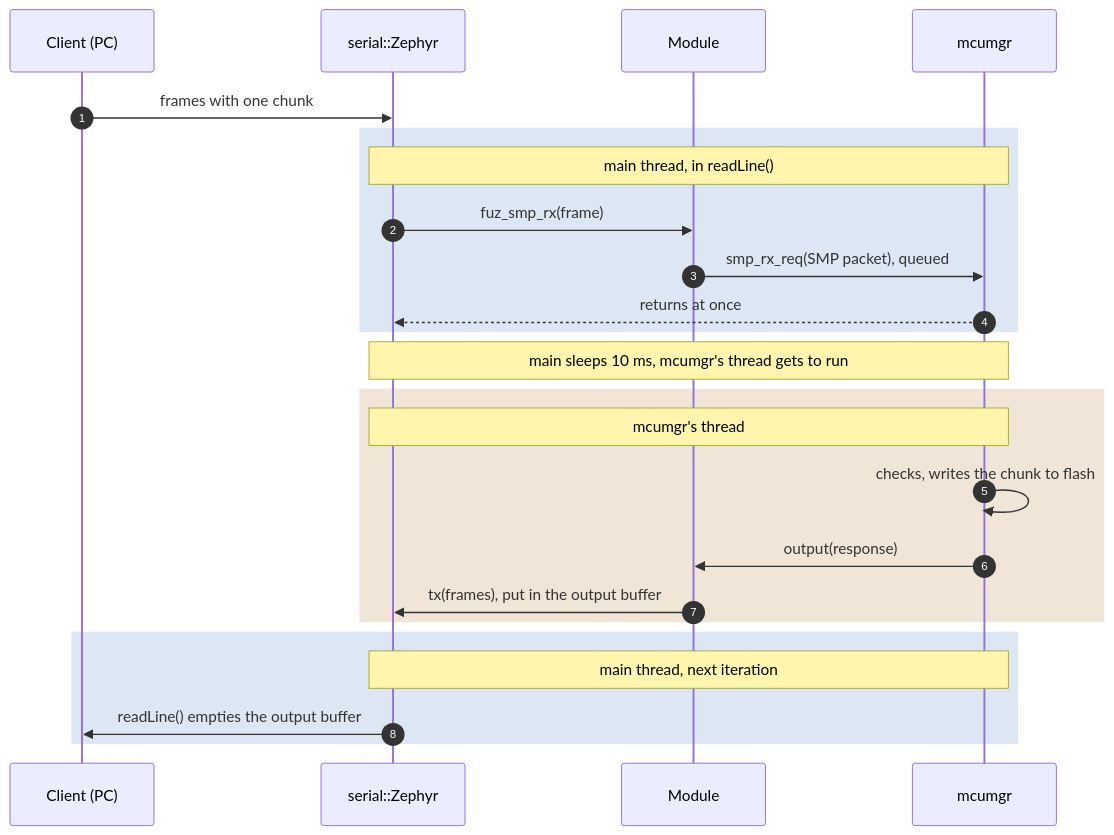
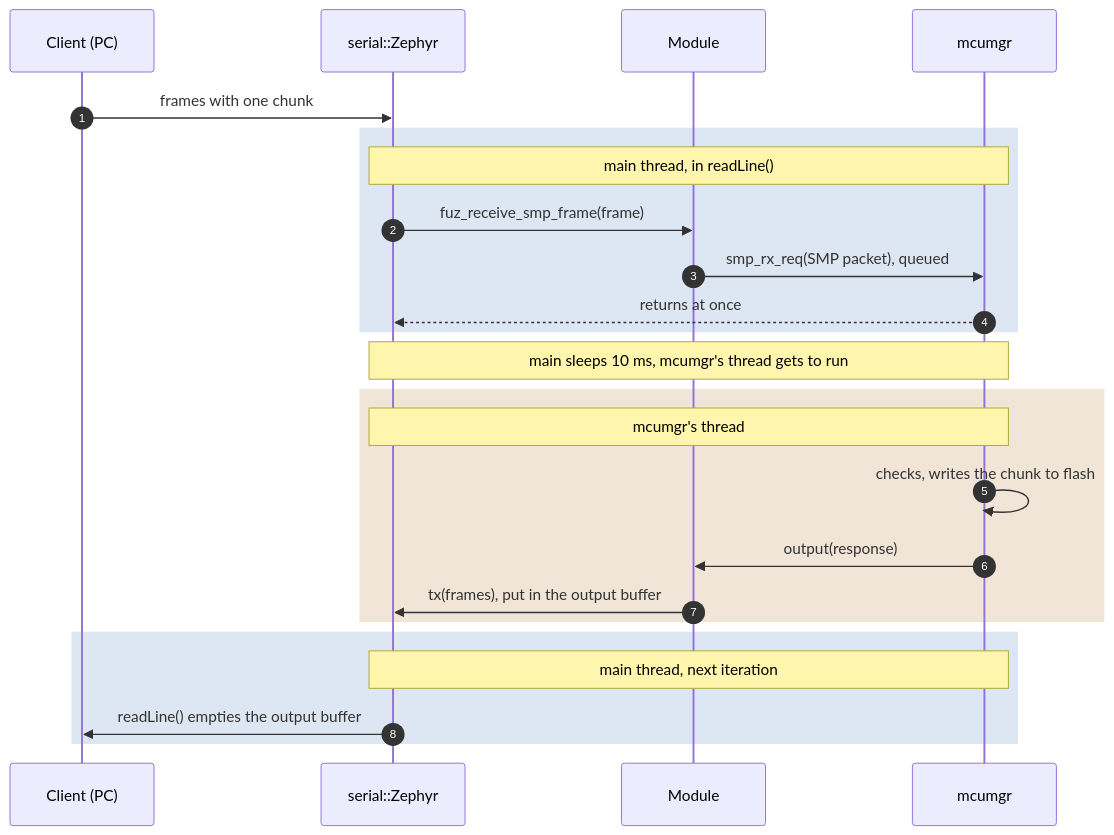
One commit to guszahrma/yrgo_hwc-_p02 changed the fourth of 5 diagrams in docs/plans/p02_fw_update/threads_en.md. Above: the diagram before and after it, drawn with Mermaid. The commit also changed 2 other files, not shown here.

Commit message:
docs: the plan uses fuz's C API names
The rename replaced fw_update_ with fuz_ in the plan, which gave names that
are in neither the old plan nor the C API (fuz_smp_rx(), ...). The plan now
uses the C API's names: fuz_receive_smp_frame(), fuz_is_restart_requested(),
fuz_set_ready_for_restart(), fuz_get_running_version(),
fuz_get_secondary_version(), and fuz_confirm() / fuz_revert() instead of
one self-test call with a flag. flow_en.md says the header in the module is
right where the two differ.

````diff
--- a/docs/plans/p02_fw_update/threads_en.md
+++ b/docs/plans/p02_fw_update/threads_en.md
@@ -118,26 +118,26 @@
 ```mermaid
 sequenceDiagram
     autonumber
     participant S as Client (PC)
     participant Ser as serial::Zephyr
     participant Mod as Module
     participant Mg as mcumgr
     S->>Ser: frames with one chunk
     rect rgba(45, 98, 179, 0.16)
         Note over Ser,Mg: main thread, in readLine()
-        Ser->>Mod: fuz_smp_rx(frame)
+        Ser->>Mod: fuz_receive_smp_frame(frame)
         Mod->>Mg: smp_rx_req(SMP packet), queued
         Mg-->>Ser: returns at once
     end
     Note over Ser,Mg: main sleeps 10 ms, mcumgr's thread gets to run
     rect rgba(161, 96, 10, 0.16)
         Note over Ser,Mg: mcumgr's thread
         Mg->>Mg: checks, writes the chunk to flash
         Mg->>Mod: output(response)
         Mod->>Ser: tx(frames), put in the output buffer
     end
     rect rgba(45, 98, 179, 0.16)
         Note over Ser,Mg: main thread, next iteration
         Ser->>S: readLine() empties the output buffer
     end
 ```
````
